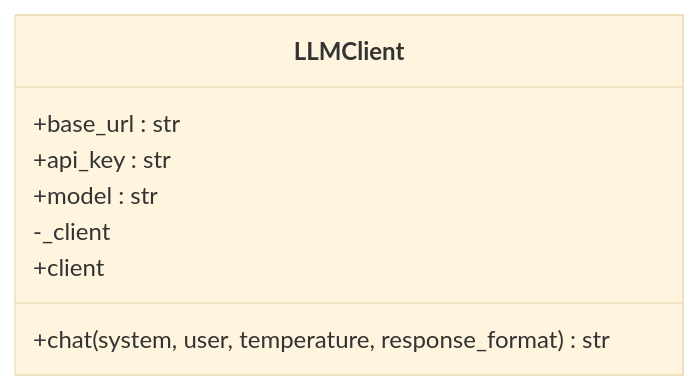
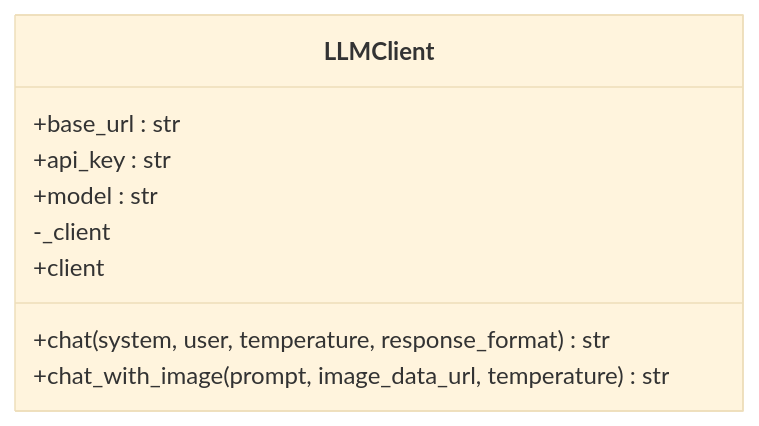
The third of 13 diagrams in .qoder/repowiki/zh/content/核心模块/AI知识库模块/AI知识库服务层.md (beyondalbert/my_wiki), drawn with Mermaid (base theme) before and after one commit. The commit also changed other lines of this file and 7 other files, not shown here.

````diff
--- a/.qoder/repowiki/zh/content/核心模块/AI知识库模块/AI知识库服务层.md
+++ b/.qoder/repowiki/zh/content/核心模块/AI知识库模块/AI知识库服务层.md
@@ -159,11 +178,12 @@
 ```mermaid
 classDiagram
 class LLMClient {
 +base_url : str
 +api_key : str
 +model : str
 -_client
 +client
 +chat(system, user, temperature, response_format) str
++chat_with_image(prompt, image_data_url, temperature) str
 }
 ```
````
